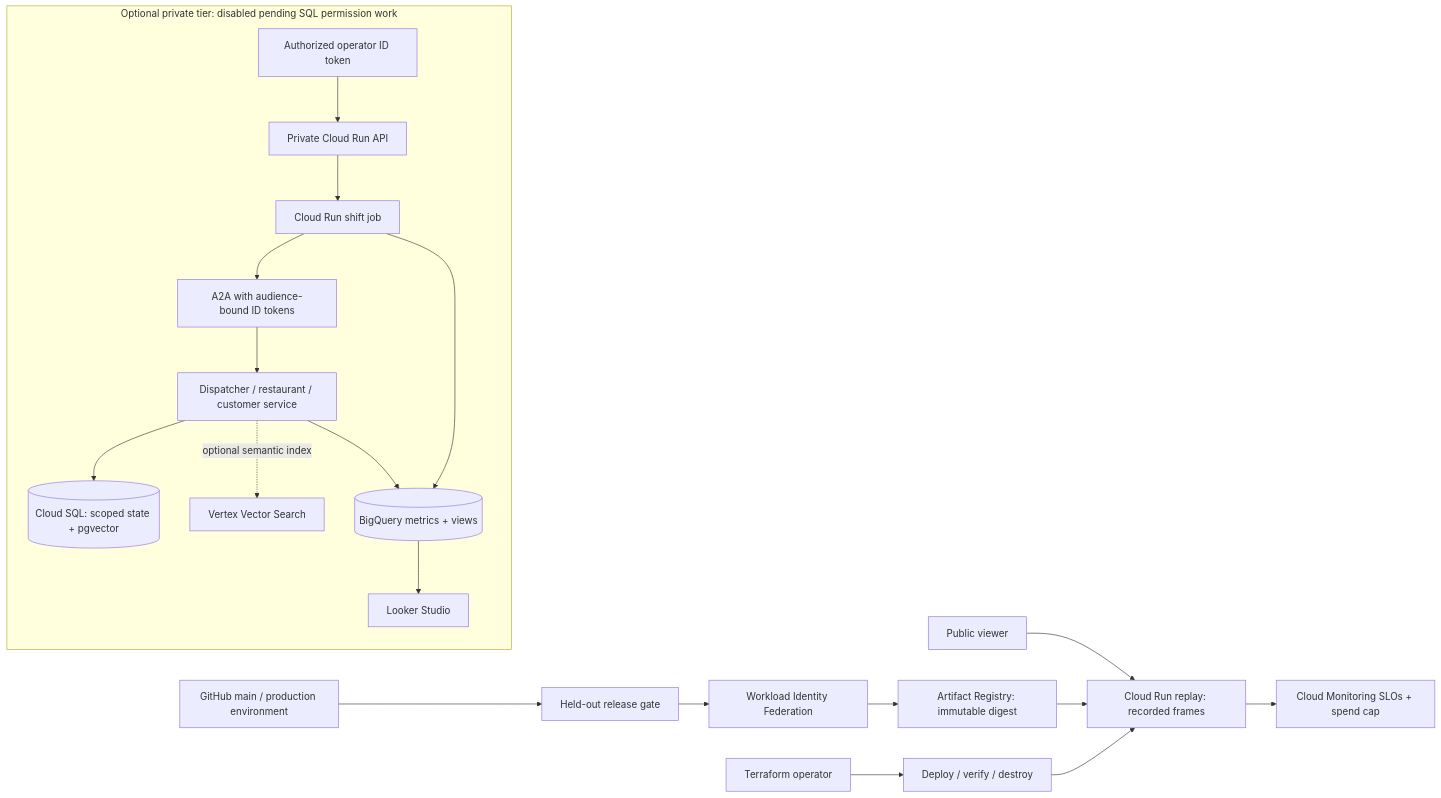
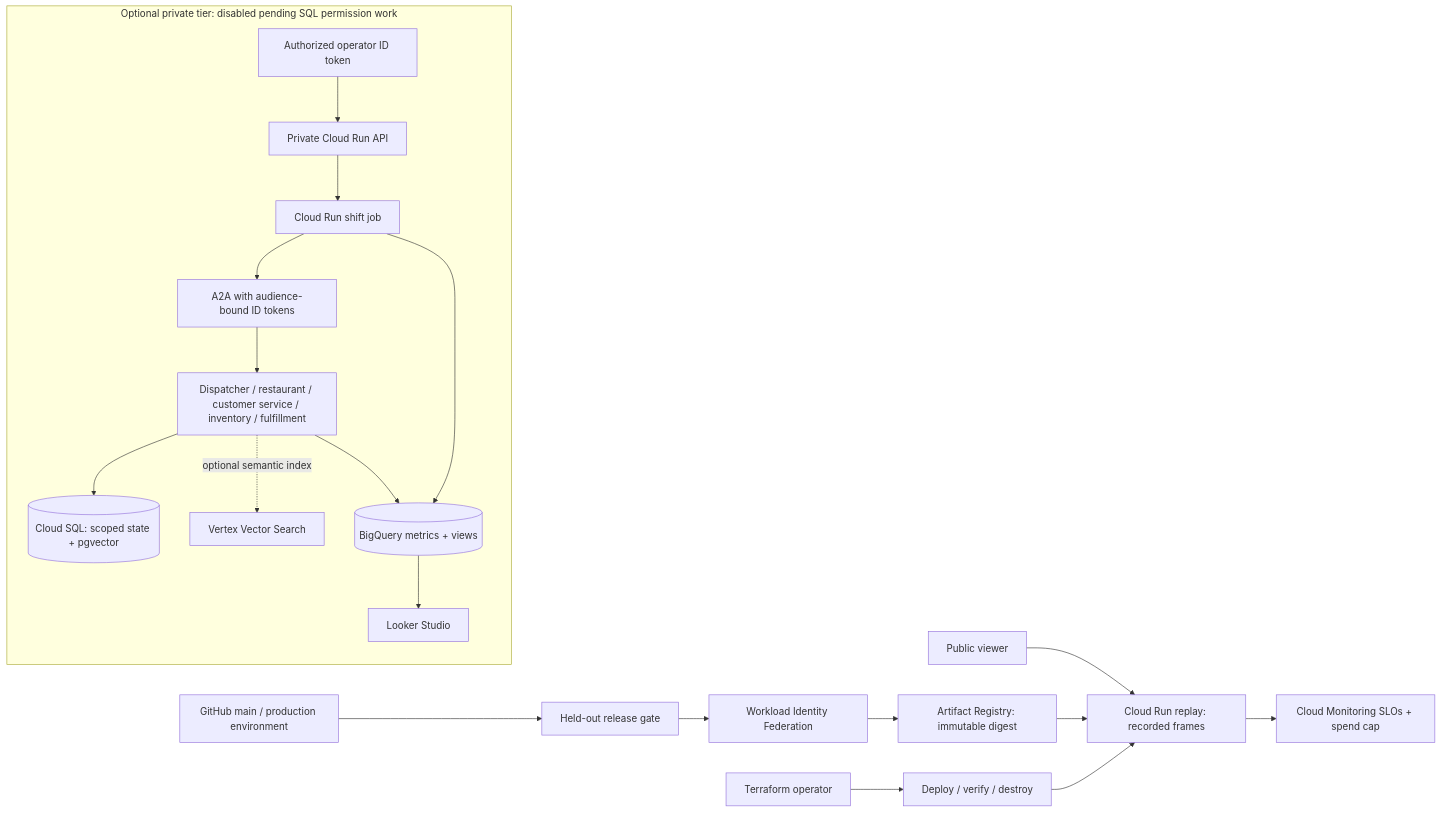
The first of 5 diagrams in README.md (alejandrofrank/madrid-delivery-sim), drawn with Mermaid before and after one commit. The commit also changed other lines of this file and 5 other files, not shown here.

````diff
--- a/README.md
+++ b/README.md
@@ -65,22 +97,22 @@
 ```mermaid
 flowchart LR
     Public[Public viewer] --> Replay[Cloud Run replay: recorded frames]
     GitHub[GitHub main / production environment] --> Gate[Held-out release gate]
     Gate --> WIF[Workload Identity Federation]
     WIF --> Image[Artifact Registry: immutable digest]
     Image --> Replay
     Operator[Terraform operator] --> Lifecycle[Deploy / verify / destroy]
     Lifecycle --> Replay
     Replay --> Monitor[Cloud Monitoring SLOs + spend cap]
     subgraph Private[Optional private tier: disabled pending SQL permission work]
       Client[Authorized operator ID token] --> API[Private Cloud Run API]
       API --> Job[Cloud Run shift job]
       Job --> A2A[A2A with audience-bound ID tokens]
-      A2A --> Agents[Dispatcher / restaurant / customer service]
+      A2A --> Agents[Dispatcher / restaurant / customer service / inventory / fulfillment]
       Agents --> SQL[(Cloud SQL: scoped state + pgvector)]
       Agents -. optional semantic index .-> Vector[Vertex Vector Search]
       Job --> BQ[(BigQuery metrics + views)]
       Agents --> BQ
       BQ --> Dashboard[Looker Studio]
     end
 ```
````
